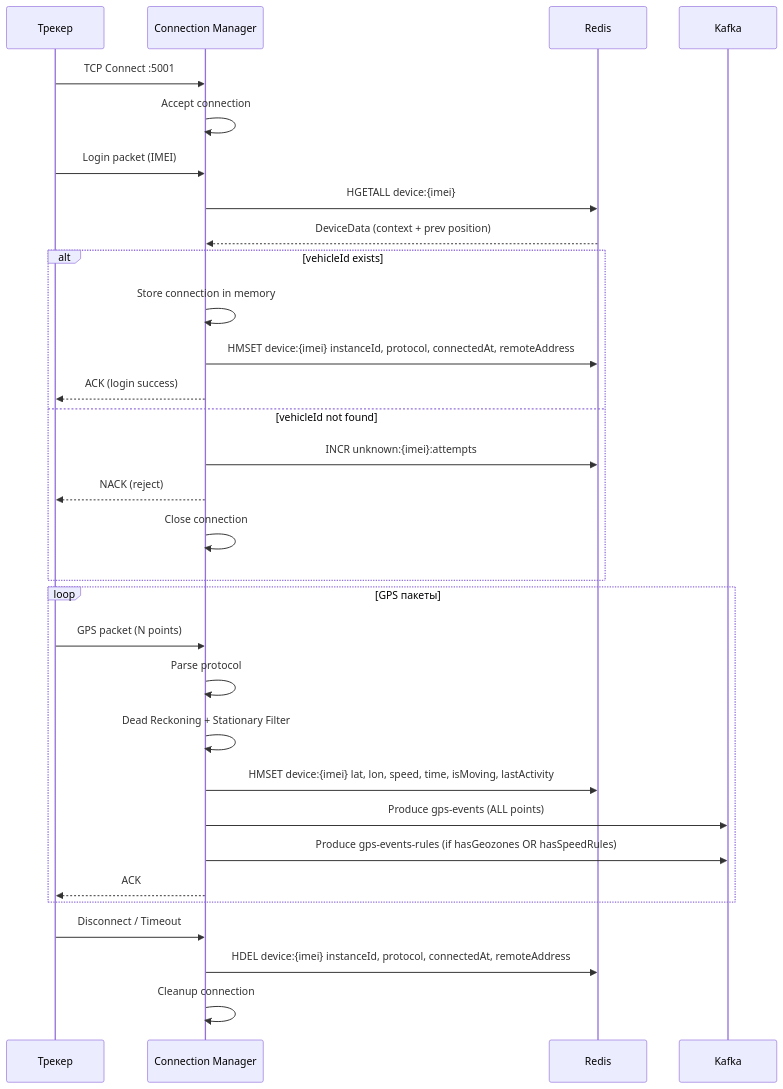
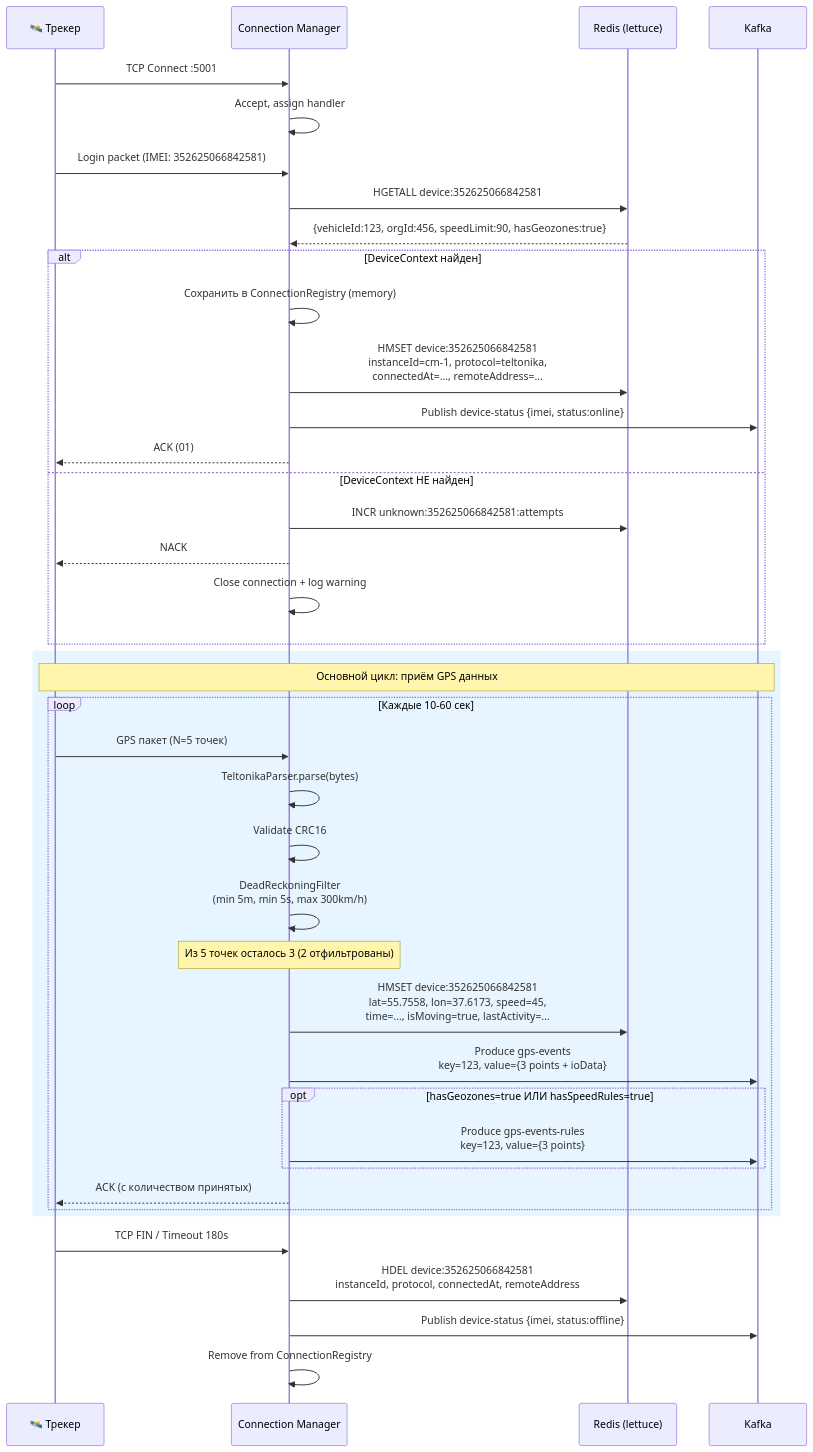
The eighth of 19 diagrams in docs/blocks/ARCHITECTURE_BLOCK1.md (revarewerd/wayrecall-tracker-system), drawn with Mermaid before and after one commit. The commit also changed other lines of this file and 544 other files, not shown here.

````diff
--- a/docs/blocks/ARCHITECTURE_BLOCK1.md
+++ b/docs/blocks/ARCHITECTURE_BLOCK1.md
@@ -196,38 +544,53 @@
 ```mermaid
 sequenceDiagram
-    participant T as Трекер
+    participant T as 🛰️ Трекер
     participant CM as Connection Manager
-    participant R as Redis
+    participant R as Redis (lettuce)
     participant K as Kafka
 
     T->>CM: TCP Connect :5001
-    CM->>CM: Accept connection
+    CM->>CM: Accept, assign handler
     
-    T->>CM: Login packet (IMEI)
-    CM->>R: HGETALL device:{imei}
-    R-->>CM: DeviceData (context + prev position)
-    
-    alt vehicleId exists
-        CM->>CM: Store connection in memory
-        CM->>R: HMSET device:{imei} instanceId, protocol, connectedAt, remoteAddress
-        CM-->>T: ACK (login success)
-    else vehicleId not found
-        CM->>R: INCR unknown:{imei}:attempts
-        CM-->>T: NACK (reject)
-        CM->>CM: Close connection
+    T->>CM: Login packet (IMEI: 352625066842581)
+
+    CM->>R: HGETALL device:352625066842581
+    R-->>CM: {vehicleId:123, orgId:456, speedLimit:90, hasGeozones:true}
+
+    alt DeviceContext найден
+        CM->>CM: Сохранить в ConnectionRegistry (memory)
+        CM->>R: HMSET device:352625066842581<br/>instanceId=cm-1, protocol=teltonika,<br/>connectedAt=..., remoteAddress=...
+        CM->>K: Publish device-status {imei, status:online}
+        CM-->>T: ACK (01)
+    else DeviceContext НЕ найден
+        CM->>R: INCR unknown:352625066842581:attempts
+        CM-->>T: NACK
+        CM->>CM: Close connection + log warning
     end
 
-    loop GPS пакеты
-        T->>CM: GPS packet (N points)
-        CM->>CM: Parse protocol
-        CM->>CM: Dead Reckoning + Stationary Filter
-        CM->>R: HMSET device:{imei} lat, lon, speed, time, isMoving, lastActivity
-        CM->>K: Produce gps-events (ALL points)
-        CM->>K: Produce gps-events-rules (if hasGeozones OR hasSpeedRules)
-        CM-->>T: ACK
+    rect rgb(230, 245, 255)
+        Note over T,K: Основной цикл: приём GPS данных
+        loop Каждые 10-60 сек
+            T->>CM: GPS пакет (N=5 точек)
+            CM->>CM: TeltonikaParser.parse(bytes)
+            CM->>CM: Validate CRC16
+            CM->>CM: DeadReckoningFilter<br/>(min 5m, min 5s, max 300km/h)
+
+            Note over CM: Из 5 точек осталось 3 (2 отфильтрованы)
+
+            CM->>R: HMSET device:352625066842581<br/>lat=55.7558, lon=37.6173, speed=45,<br/>time=..., isMoving=true, lastActivity=...
+
+            CM->>K: Produce gps-events<br/>key=123, value={3 points + ioData}
+            
+            opt hasGeozones=true ИЛИ hasSpeedRules=true
+                CM->>K: Produce gps-events-rules<br/>key=123, value={3 points}
+            end
+
+            CM-->>T: ACK (с количеством принятых)
+        end
     end
 
-    T->>CM: Disconnect / Timeout
-    CM->>R: HDEL device:{imei} instanceId, protocol, connectedAt, remoteAddress
-    CM->>CM: Cleanup connection
+    T->>CM: TCP FIN / Timeout 180s
+    CM->>R: HDEL device:352625066842581<br/>instanceId, protocol, connectedAt, remoteAddress
+    CM->>K: Publish device-status {imei, status:offline}
+    CM->>CM: Remove from ConnectionRegistry
 ```
````
